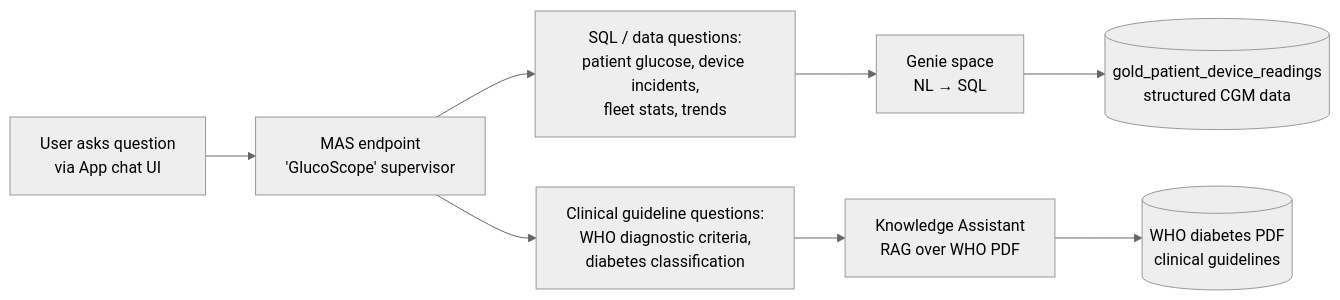
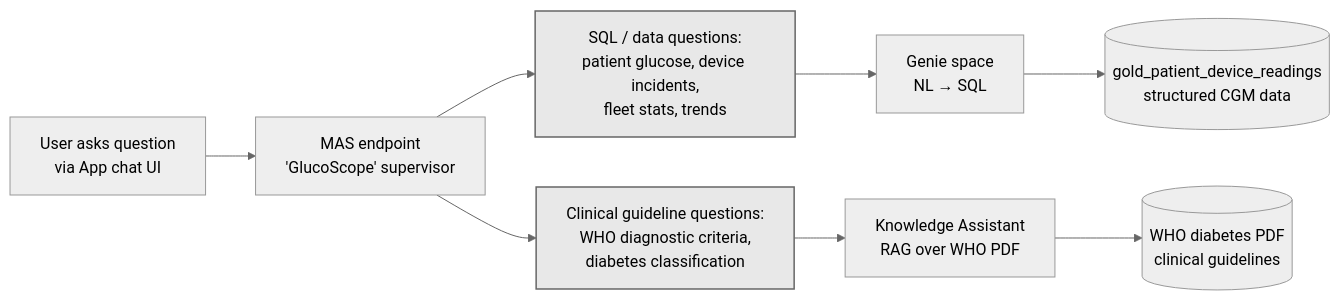
One commit to databricks-industry-solutions/glucosphere changed the diagram in App/README.md. Above: the diagram before and after it, drawn with Mermaid.

Commit message:
docs(App/README): Mermaid R1/R2 shading + dedup duplicate "Note on package URLs"
- Mermaid MAS routing diagram: add classDef routing fill:#e8e8e8,stroke:#666
  styling on R1 (SQL/data) + R2 (Clinical guideline) intermediate nodes so
  they render as shaded boxes — visually distinct from primary flow nodes.
- Remove duplicate "Note on package URLs" paragraph that appeared after both
  the Frontend and Backend dep tables; one instance (after Backend table)
  serves both dep tables.

````diff
--- a/App/README.md
+++ b/App/README.md
@@ -33,20 +33,23 @@
 ```mermaid
 %%{init: {'theme': 'neutral'}}%%
 flowchart LR
     U[User asks question<br/>via App chat UI]
     M[MAS endpoint<br/>'GlucoScope' supervisor]
     R1[SQL / data questions:<br/>patient glucose, device incidents,<br/>fleet stats, trends]
     R2[Clinical guideline questions:<br/>WHO diagnostic criteria,<br/>diabetes classification]
     G[Genie space<br/>NL → SQL]
     K[Knowledge Assistant<br/>RAG over WHO PDF]
     DB[(gold_patient_device_readings<br/>structured CGM data)]
     PDF[(WHO diabetes PDF<br/>clinical guidelines)]
 
     U --> M
     M --> R1
     M --> R2
     R1 --> G
     R2 --> K
     G --> DB
     K --> PDF
+
+    classDef routing fill:#e8e8e8,stroke:#666,stroke-width:1.5px;
+    class R1,R2 routing;
 ```
````
